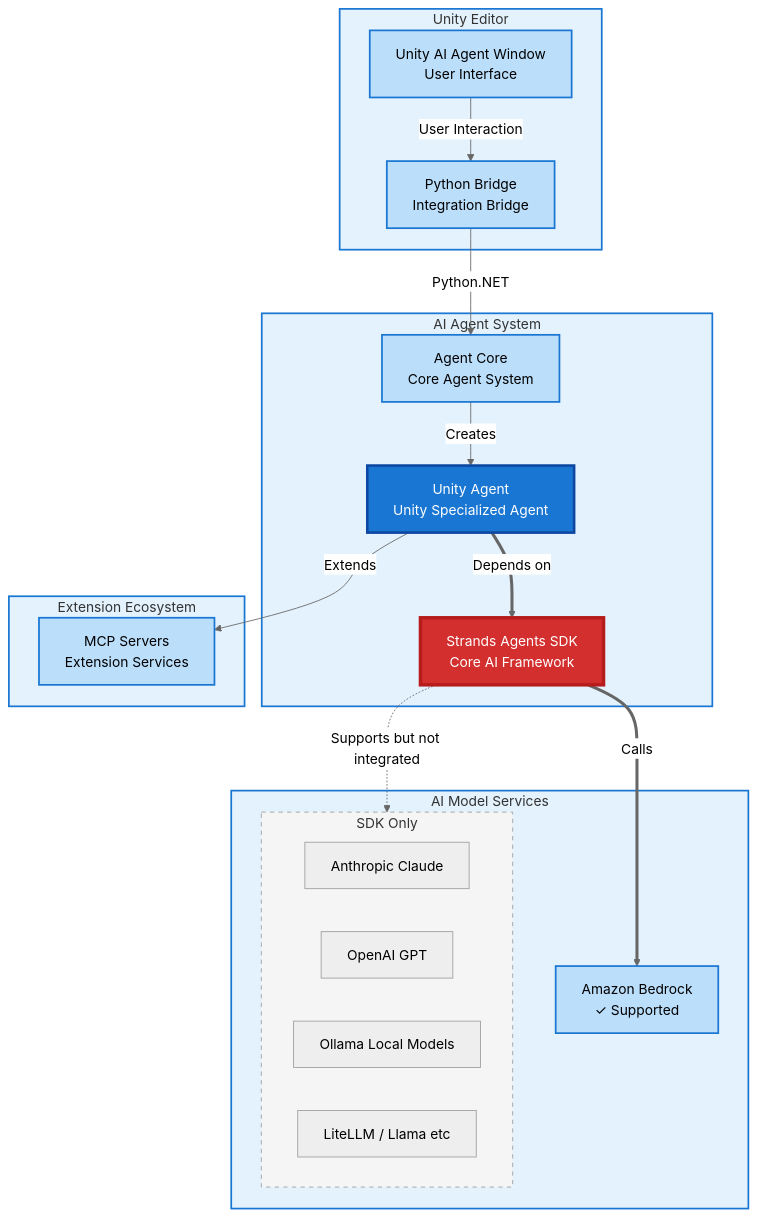
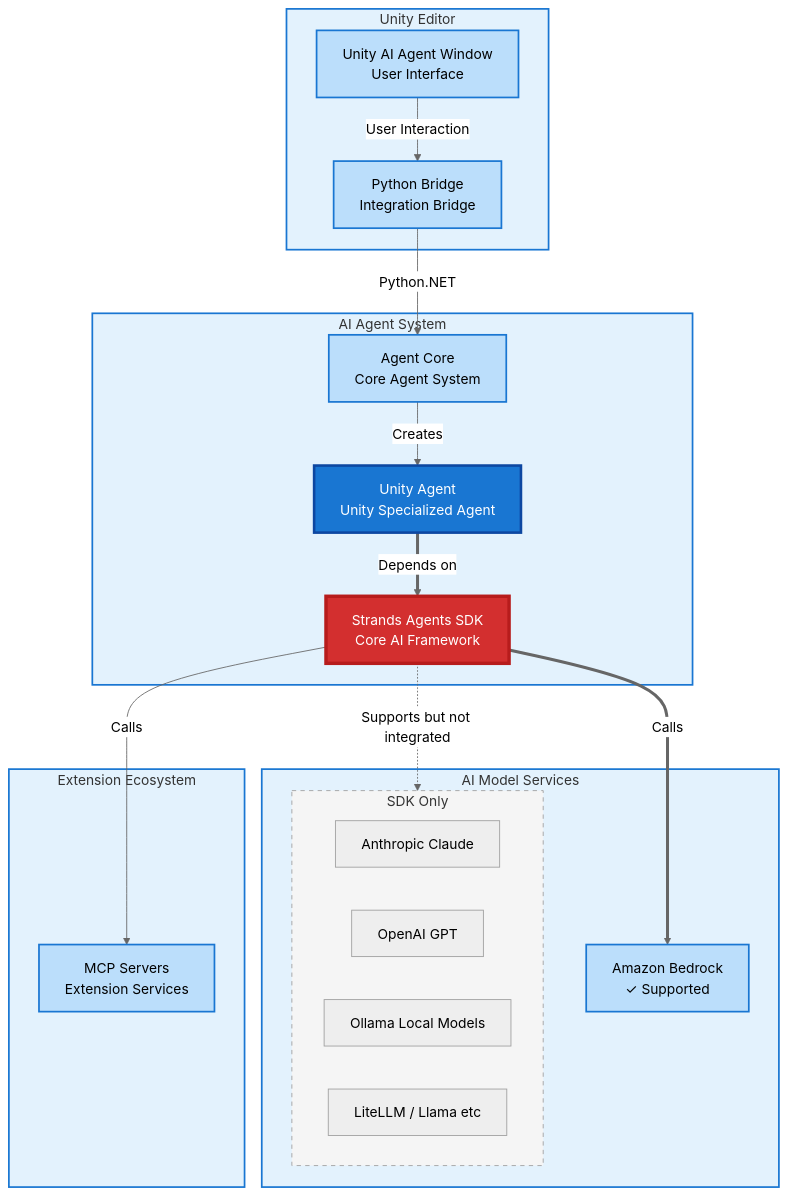
The second of 2 diagrams in README.md (ddpie/unity-strands-agent), drawn with Mermaid before and after one commit. The commit also changed other lines of this file, not shown here.

Commit message:
update README.md to correct system architecture diagram relationships
- changed the relationship from UA to MCP to reflect that SDK calls MCP instead of extending it
- ensured consistency in terminology across the architecture diagrams for better clarity

````diff
--- a/README.md
+++ b/README.md
@@ -270,61 +270,61 @@
 ```mermaid
 %%{init: {'theme':'neutral'}}%%
 graph TD
     subgraph Unity["Unity Editor"]
         UI[Unity AI Agent Window<br/>User Interface]
         PB[Python Bridge<br/>Integration Bridge]
     end
     
     subgraph AgentPython["AI Agent System"]
         AC[Agent Core<br/>Core Agent System]
         UA[Unity Agent<br/>Unity Specialized Agent]
         SDK[Strands Agents SDK<br/>Core AI Framework]
     end
     
     subgraph ModelServices["AI Model Services"]
         AWS[Amazon Bedrock<br/>✓ Supported]
         subgraph OtherAI[SDK Only]
             ANTHROPIC[Anthropic Claude]
             OPENAI[OpenAI GPT]
             OLLAMA[Ollama Local Models]
             OTHERS[LiteLLM / Llama etc]
         end
     end
     
     subgraph MCPServices["Extension Ecosystem"]
         MCP[MCP Servers<br/>Extension Services]
     end
     
     %% Connections
     UI -->|User Interaction| PB
     PB -->|Python.NET| AC
     AC -->|Creates| UA
     UA ==>|Depends on| SDK
     SDK ==>|Calls| AWS
     SDK -.->|Supports but not integrated| OtherAI
-    UA -->|Extends| MCP
+    SDK -->|Calls| MCP
     
     %% Subgraph styles
     style Unity fill:#E3F2FD,stroke:#1976D2,stroke-width:2px
     style AgentPython fill:#E3F2FD,stroke:#1976D2,stroke-width:2px
     style ModelServices fill:#E3F2FD,stroke:#1976D2,stroke-width:2px
     style MCPServices fill:#E3F2FD,stroke:#1976D2,stroke-width:2px
     
     %% Node styles - Blue for supported features
     style UI fill:#BBDEFB,stroke:#1976D2,stroke-width:2px
     style PB fill:#BBDEFB,stroke:#1976D2,stroke-width:2px
     style AC fill:#BBDEFB,stroke:#1976D2,stroke-width:2px
     style UA fill:#1976D2,stroke:#0D47A1,stroke-width:3px,color:#FFF
     style AWS fill:#BBDEFB,stroke:#1976D2,stroke-width:2px
     style MCP fill:#BBDEFB,stroke:#1976D2,stroke-width:2px
     
     %% Core SDK - Red for emphasis
     style SDK fill:#D32F2F,stroke:#B71C1C,stroke-width:4px,color:#FFF
     
     %% Unsupported services - Gray
     style OtherAI fill:#F5F5F5,stroke:#9E9E9E,stroke-width:1px,stroke-dasharray: 5 5
     style ANTHROPIC fill:#EEEEEE,stroke:#9E9E9E,stroke-width:1px
     style OPENAI fill:#EEEEEE,stroke:#9E9E9E,stroke-width:1px
     style OLLAMA fill:#EEEEEE,stroke:#9E9E9E,stroke-width:1px
     style OTHERS fill:#EEEEEE,stroke:#9E9E9E,stroke-width:1px
 ```
````
